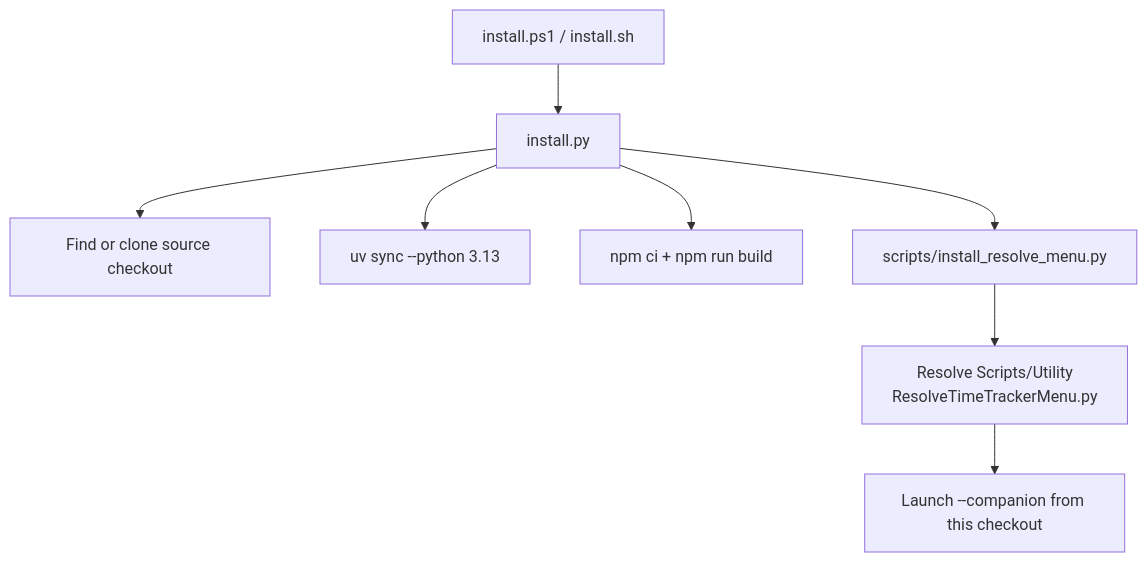
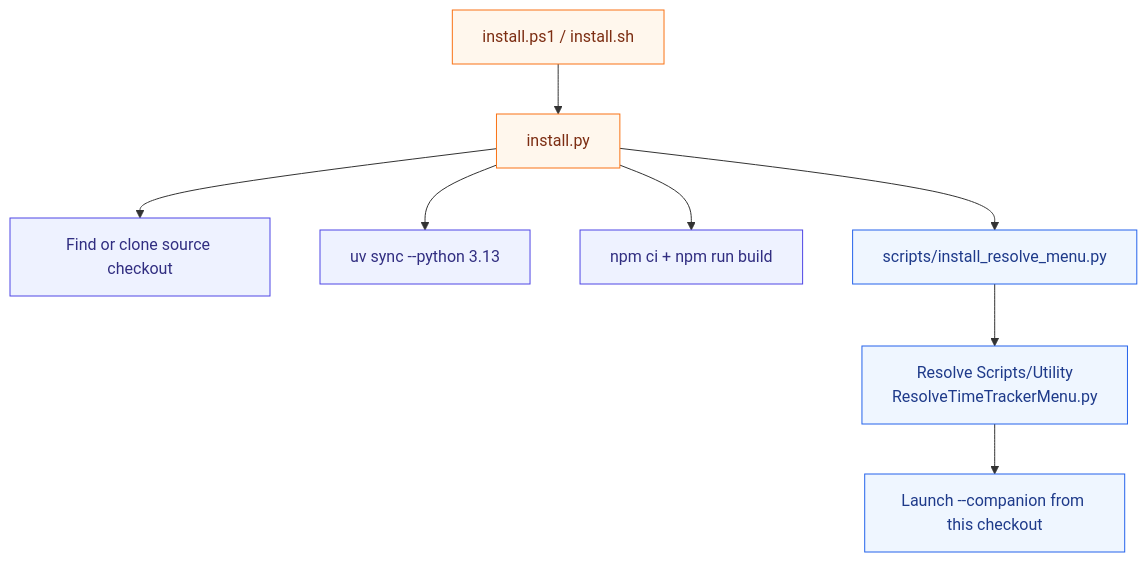
Before and after one commit to Today20092/Davinci-Resolve-TimeTracker: the second of 2 diagrams in README.md, drawn with Mermaid. The commit also changed other lines of this file, not shown here.

Commit message:
Clarify architecture diagrams in README

````diff
--- a/README.md
+++ b/README.md
@@ -132,10 +166,18 @@
 ```mermaid
 flowchart TD
   Install["install.ps1 / install.sh"] --> Installer["install.py"]
   Installer --> Source["Find or clone source checkout"]
   Installer --> Python["uv sync --python 3.13"]
   Installer --> Frontend["npm ci + npm run build"]
   Installer --> MenuInstall["scripts/install_resolve_menu.py"]
   MenuInstall --> Launcher["Resolve Scripts/Utility<br/>ResolveTimeTrackerMenu.py"]
   Launcher --> Companion["Launch --companion from this checkout"]
+
+  classDef bootstrap fill:#fff7ed,stroke:#f97316,color:#7c2d12
+  classDef setup fill:#eef2ff,stroke:#4f46e5,color:#312e81
+  classDef resolve fill:#eff6ff,stroke:#2563eb,color:#1e3a8a
+
+  class Install,Installer bootstrap
+  class Source,Python,Frontend setup
+  class MenuInstall,Launcher,Companion resolve
 ```
````
